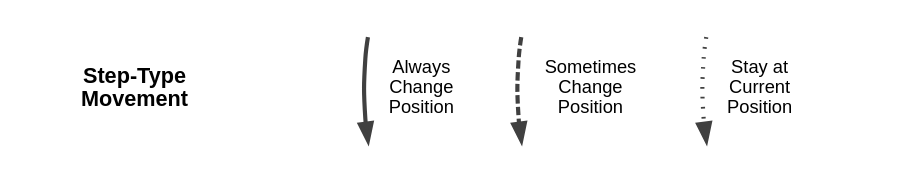
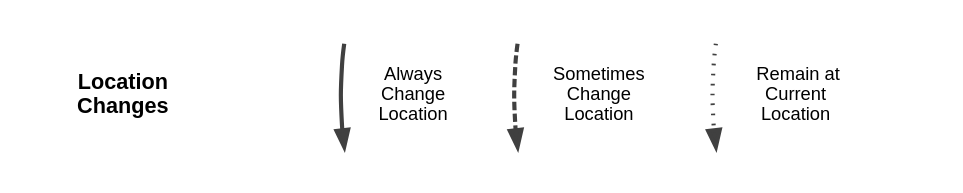
Before and after one commit to Blakemassey/baea_ibm: the diagram in R/Graphviz/StepType_Options_Legend.gv, drawn with Graphviz. The commit also changed 175 other files, not shown here.

```diff
--- a/R/Graphviz/StepType_Options_Legend.gv
+++ b/R/Graphviz/StepType_Options_Legend.gv
@@ -1,37 +1,37 @@
 digraph G {
   rankdir = TB;
   forcelabels = true;
   fontsize = 13;
   graph [margin = 0, pad = 0, ranksep = .35, nodesep = .4];
 	edge [color = grey25, penwidth = 2.5, fontsize = 11; fontname = "Helvetica"];
-  node [fontsize = 4, fixedsize = true, height = .1, width = .1, style = invis];
+  node [fontsize = 4, fixedsize = true, height = .15, width = .1, style = invis];
     subgraph cluster_0 {
       edge[color = white, fontsize = 13; fontname = "Helvetica-Bold"];
-      start1 -> end1 [label = "Step-Type\nMovement"];
+      start1 -> end1 [label = "Location\nChanges"];
 		  color = invis
 	  }
     subgraph cluster_1 {
       edge[color = white, fontsize = 13; fontname = "Helvetica"];
       start2 -> end2 [label = "       "];
 		  color = invis
 	  }
     subgraph cluster_2 {
-      a1 -> a2 [style = solid, label = "    Always\n    Change\n    Position"];
+      a1 -> a2 [style = solid, label =  "      Always\n      Change\n      Location"];
 		  color = invis
 	  }
     subgraph cluster_3 {
-      edge[style = dashed, label = "    Sometimes\n    Change\n    Position"]
+      edge[style = dashed, label =      "      Sometimes\n      Change\n      Location"]
       b1 -> b2
 		  color = invis
 	  }
     subgraph cluster_4 {
-  	  c1 -> c2 [style = dotted, label = "    Stay at\n    Current\n    Position"];
+  	  c1 -> c2 [style = dotted, label = "       Remain at\n      Current\n      Location"];
 		  color = invis
 	  }
 	  subgraph cluster_5 {
       edge[color = white, fontsize = 13; fontname = "Helvetica"];
       start3 -> end3 [label = "   "];
 		  color = invis
 	  }
   #{rank = same a1 a2 b1 b2 c1 c2}
 }
```
